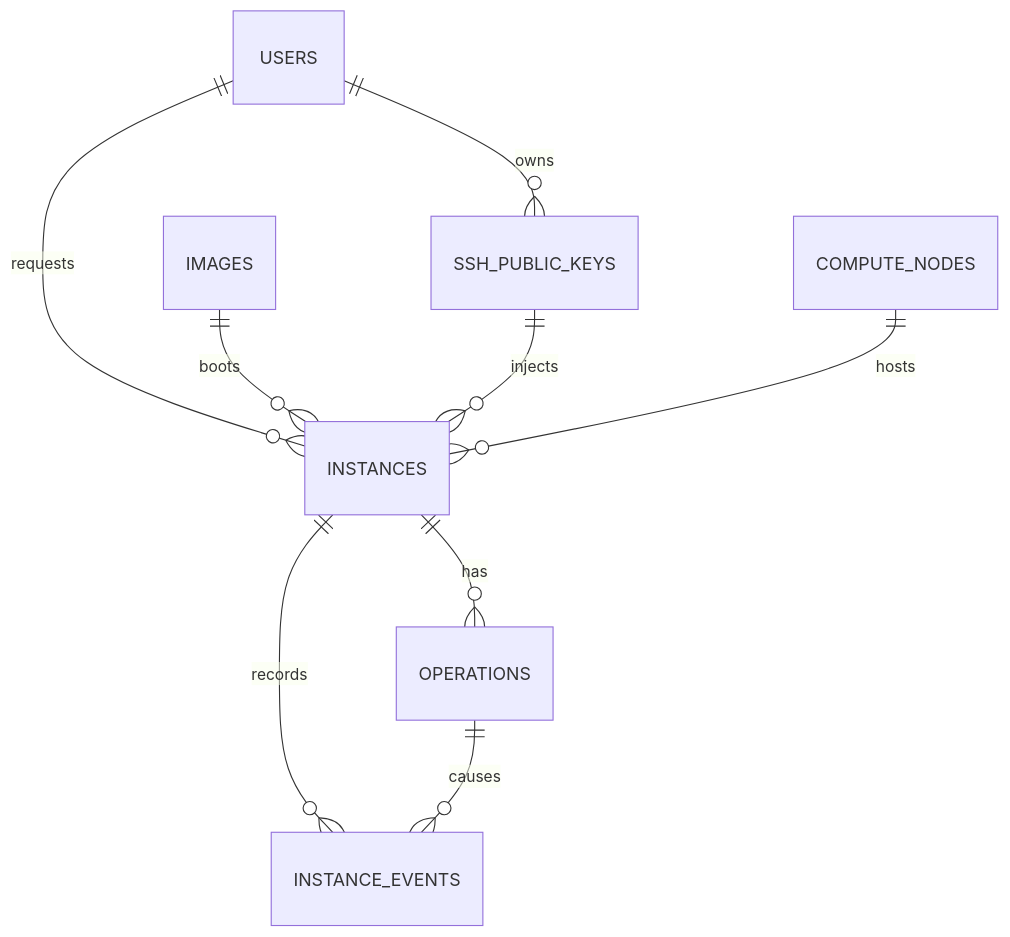
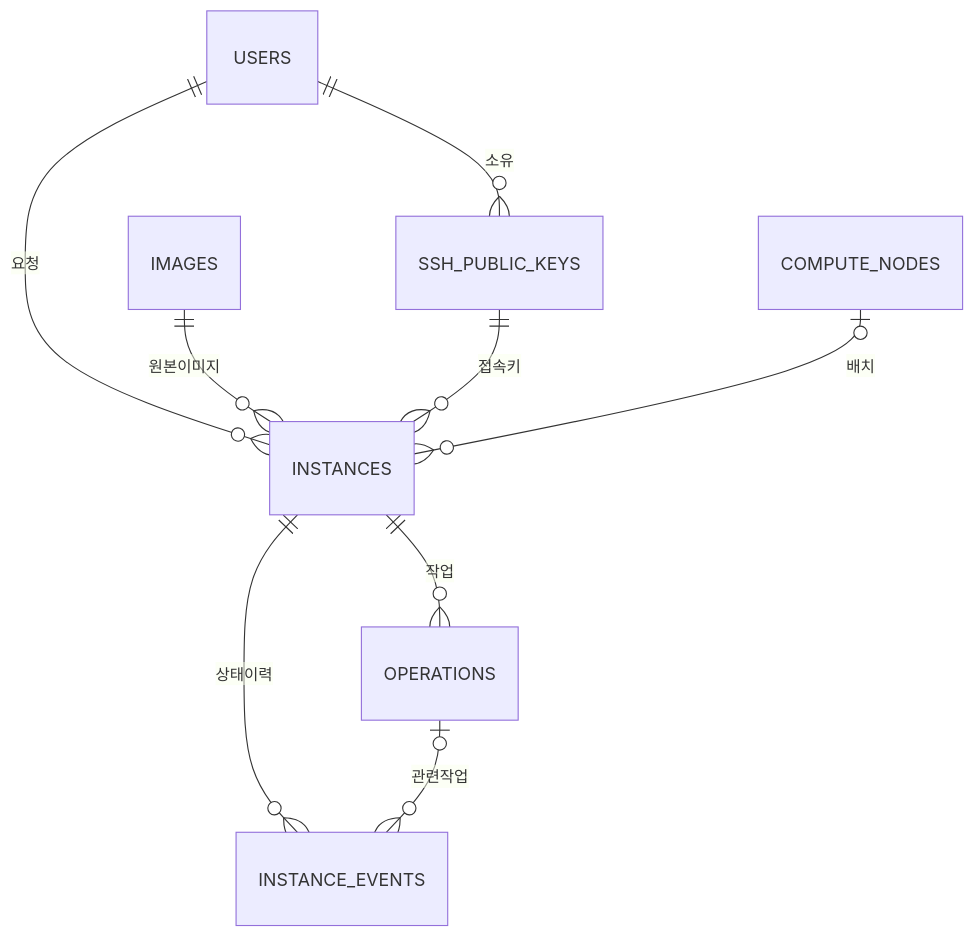
Before and after one commit to 0hJieun/private-cloud-platform: the diagram in docs/data-model.md, drawn with Mermaid. The commit also changed other lines of this file and 25 other files, not shown here.

````diff
--- a/docs/data-model.md
+++ b/docs/data-model.md
@@ -15,11 +20,11 @@
 ```mermaid
 erDiagram
-    USERS ||--o{ SSH_PUBLIC_KEYS : owns
-    USERS ||--o{ INSTANCES : requests
-    IMAGES ||--o{ INSTANCES : boots
-    SSH_PUBLIC_KEYS ||--o{ INSTANCES : injects
-    COMPUTE_NODES ||--o{ INSTANCES : hosts
-    INSTANCES ||--o{ OPERATIONS : has
-    INSTANCES ||--o{ INSTANCE_EVENTS : records
-    OPERATIONS ||--o{ INSTANCE_EVENTS : causes
+    USERS ||--o{ SSH_PUBLIC_KEYS : 소유
+    USERS ||--o{ INSTANCES : 요청
+    IMAGES ||--o{ INSTANCES : 원본이미지
+    SSH_PUBLIC_KEYS ||--o{ INSTANCES : 접속키
+    COMPUTE_NODES |o--o{ INSTANCES : 배치
+    INSTANCES ||--o{ OPERATIONS : 작업
+    INSTANCES ||--o{ INSTANCE_EVENTS : 상태이력
+    OPERATIONS |o--o{ INSTANCE_EVENTS : 관련작업
 ```
````
